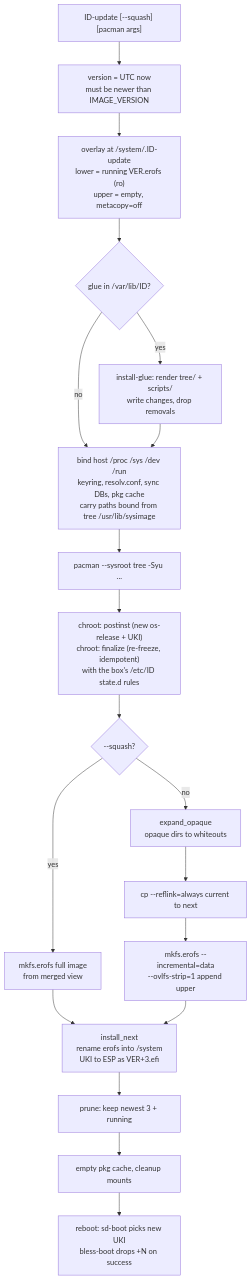
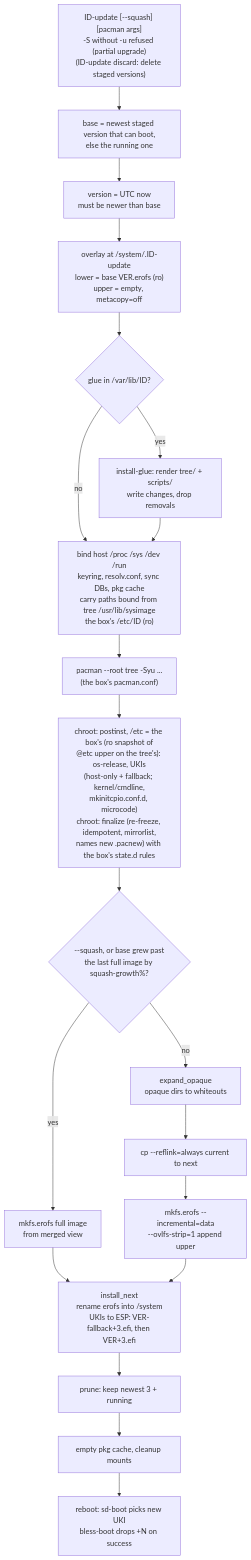
One commit to h8d13/caeoma changed the second of 2 diagrams in docs/DESIGN.md. Above: the diagram before and after it, drawn with Mermaid. The commit also changed other lines of this file and 1 other file, not shown here.

Commit message:
chore(docs): update, boot and box config in DESIGN, HACKING
* DESIGN: base and discard, partial-upgrade refusal, box pacman.conf,
  postinst on the box's /etc, auto-squash, two UKIs per version,
  etc-dedup before the /etc overlay
* HACKING: what the update takes from the box's /etc

````diff
--- a/docs/DESIGN.md
+++ b/docs/DESIGN.md
@@ -67,21 +68,22 @@
 ```mermaid
 flowchart TD
-	START["ID-update [--squash] [pacman args]"] --> V["version = UTC now<br/>must be newer than IMAGE_VERSION"]
-	V --> OV["overlay at /system/.ID-update<br/>lower = running VER.erofs (ro)<br/>upper = empty, metacopy=off"]
+	START["ID-update [--squash] [pacman args]<br/>-S without -u refused (partial upgrade)<br/>(ID-update discard: delete staged versions)"] --> BASE["base = newest staged version that can boot,<br/>else the running one"]
+	BASE --> V["version = UTC now<br/>must be newer than base"]
+	V --> OV["overlay at /system/.ID-update<br/>lower = base VER.erofs (ro)<br/>upper = empty, metacopy=off"]
 	OV --> G{"glue in /var/lib/ID?"}
 	G -- yes --> GC["install-glue: render tree/ + scripts/<br/>write changes, drop removals"]
 	G -- no --> MB
-	GC --> MB["bind host /proc /sys /dev /run<br/>keyring, resolv.conf, sync DBs, pkg cache<br/>carry paths bound from tree /usr/lib/sysimage"]
-	MB --> PM["pacman --sysroot tree -Syu ..."]
-	PM --> CH["chroot: postinst (new os-release + UKI)<br/>chroot: finalize (re-freeze, idempotent)<br/>with the box's /etc/ID state.d rules"]
-	CH --> SQ{"--squash?"}
+	GC --> MB["bind host /proc /sys /dev /run<br/>keyring, resolv.conf, sync DBs, pkg cache<br/>carry paths bound from tree /usr/lib/sysimage<br/>the box's /etc/ID (ro)"]
+	MB --> PM["pacman --root tree -Syu ...<br/>(the box's pacman.conf)"]
+	PM --> CH["chroot: postinst, /etc = the box's (ro snapshot of<br/>@etc upper on the tree's): os-release, UKIs<br/>(host-only + fallback; kernel/cmdline,<br/>mkinitcpio.conf.d, microcode)<br/>chroot: finalize (re-freeze, idempotent, mirrorlist,<br/>names new .pacnew) with the box's state.d rules"]
+	CH --> SQ{"--squash, or base grew past<br/>the last full image by squash-growth%?"}
 	SQ -- yes --> FULL["mkfs.erofs full image<br/>from merged view"]
 	SQ -- no --> EO["expand_opaque<br/>opaque dirs to whiteouts"]
 	EO --> RL["cp --reflink=always current to next"]
 	RL --> INC["mkfs.erofs --incremental=data<br/>--ovlfs-strip=1 append upper"]
 	FULL --> INST
-	INC --> INST["install_next<br/>rename erofs into /system<br/>UKI to ESP as VER+3.efi"]
+	INC --> INST["install_next<br/>rename erofs into /system<br/>UKIs to ESP: VER-fallback+3.efi, then VER+3.efi"]
 	INST --> PR["prune: keep newest 3 + running"]
 	PR --> CL["empty pkg cache, cleanup mounts"]
 	CL --> RB["reboot: sd-boot picks new UKI<br/>bless-boot drops +N on success"]
 ```
````
